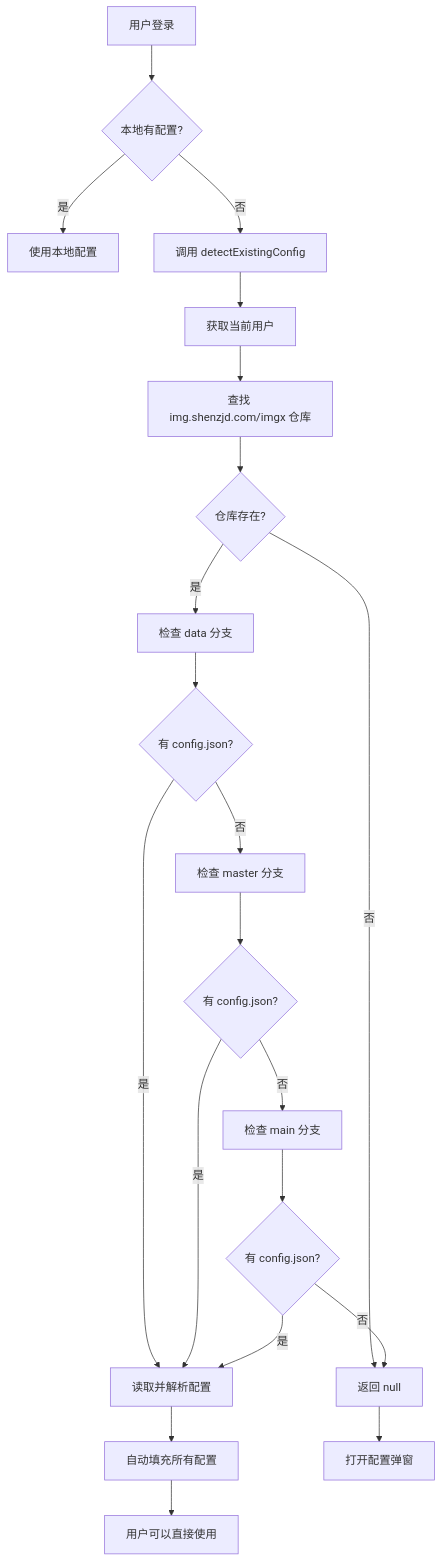
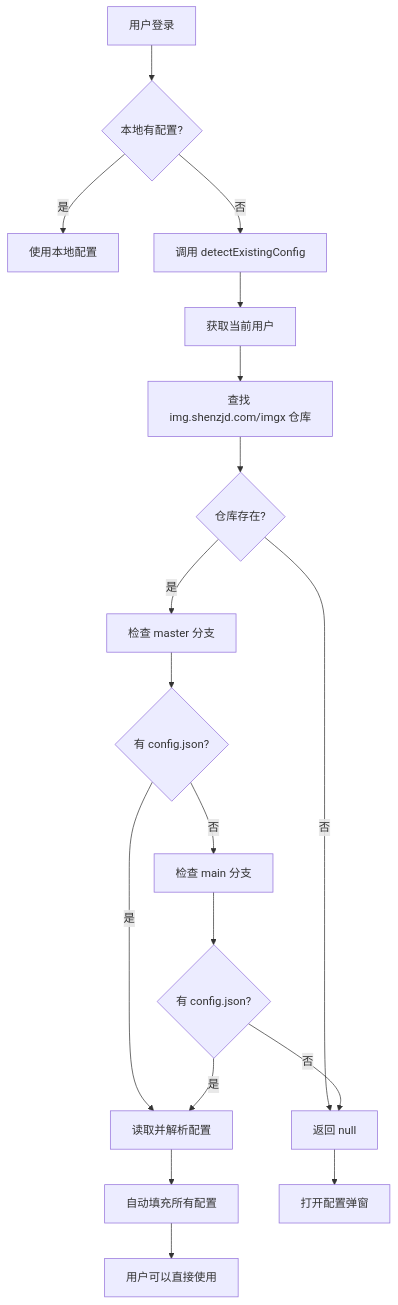
Before and after one commit to wu529778790/img.shenzjd.com: the diagram in docs/smart-config-detection.md, drawn with Mermaid. The commit also changed other lines of this file and 1 other file, not shown here.

````diff
--- a/docs/smart-config-detection.md
+++ b/docs/smart-config-detection.md
@@ -147,23 +166,20 @@
 ```mermaid
 graph TD
     A[用户登录] --> B{本地有配置?}
     B -->|是| C[使用本地配置]
     B -->|否| D[调用 detectExistingConfig]
     D --> E[获取当前用户]
     E --> F[查找 img.shenzjd.com/imgx 仓库]
     F --> G{仓库存在?}
     G -->|否| H[返回 null]
-    G -->|是| I[检查 data 分支]
+    G -->|是| I[检查 master 分支]
     I --> J{有 config.json?}
     J -->|是| K[读取并解析配置]
-    J -->|否| L[检查 master 分支]
+    J -->|否| L[检查 main 分支]
     L --> M{有 config.json?}
     M -->|是| K
-    M -->|否| N[检查 main 分支]
-    N --> O{有 config.json?}
-    O -->|是| K
-    O -->|否| H
+    M -->|否| H
     K --> P[自动填充所有配置]
     H --> Q[打开配置弹窗]
     P --> R[用户可以直接使用]
 ```
````
